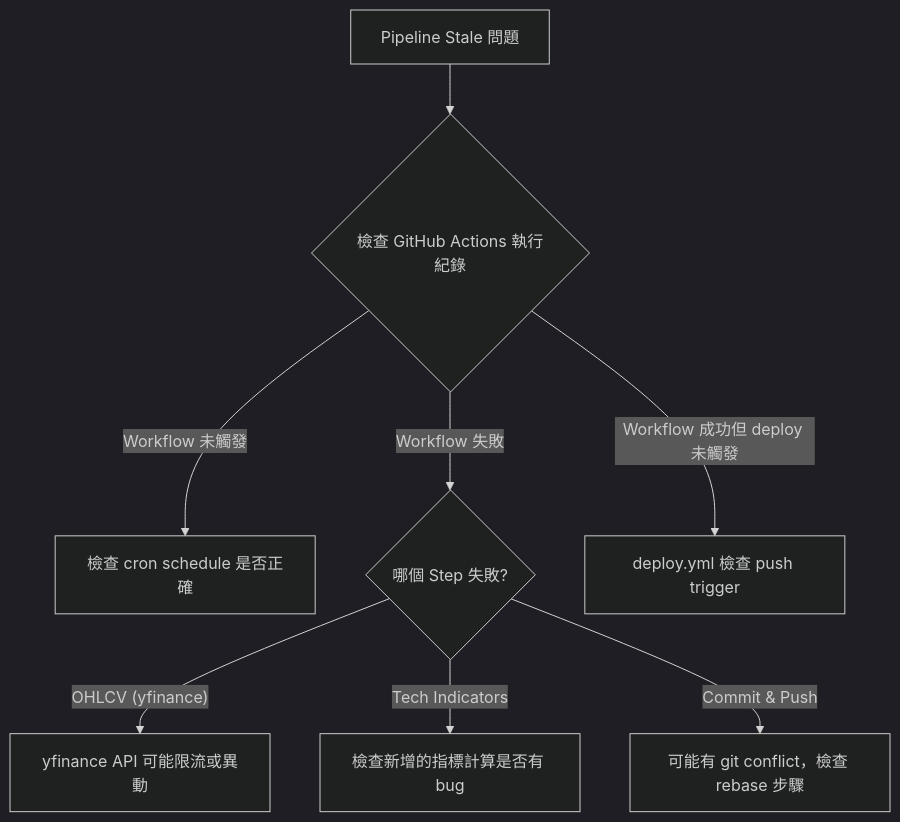
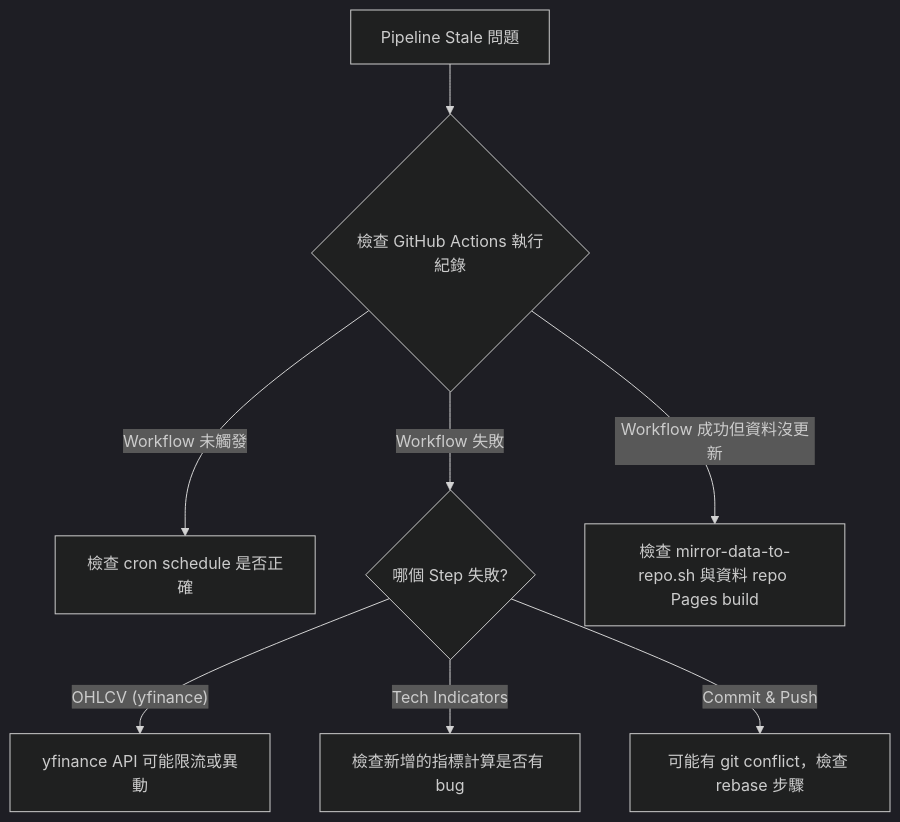
One commit to romarin-hsieh/investment-dashboard changed the fifth of 7 diagrams in docs/operations/DATA_OPERATIONS.md. Above: the diagram before and after it, drawn with Mermaid (dark theme). The commit also changed other lines of this file and 11 other files, not shown here.

````diff
--- a/docs/operations/DATA_OPERATIONS.md
+++ b/docs/operations/DATA_OPERATIONS.md
@@ -552,10 +586,10 @@
 ```mermaid
 flowchart TD
     A["Pipeline Stale 問題"] --> B{"檢查 GitHub Actions 執行紀錄"}
     B -->|"Workflow 未觸發"| C["檢查 cron schedule 是否正確"]
     B -->|"Workflow 失敗"| D{"哪個 Step 失敗?"}
     D -->|"OHLCV (yfinance)"| E["yfinance API 可能限流或異動"]
     D -->|"Tech Indicators"| F["檢查新增的指標計算是否有 bug"]
     D -->|"Commit & Push"| G["可能有 git conflict，檢查 rebase 步驟"]
-    B -->|"Workflow 成功但 deploy 未觸發"| H["deploy.yml 檢查 push trigger"]
+    B -->|"Workflow 成功但資料沒更新"| H["檢查 mirror-data-to-repo.sh 與資料 repo Pages build"]
 ```
````
